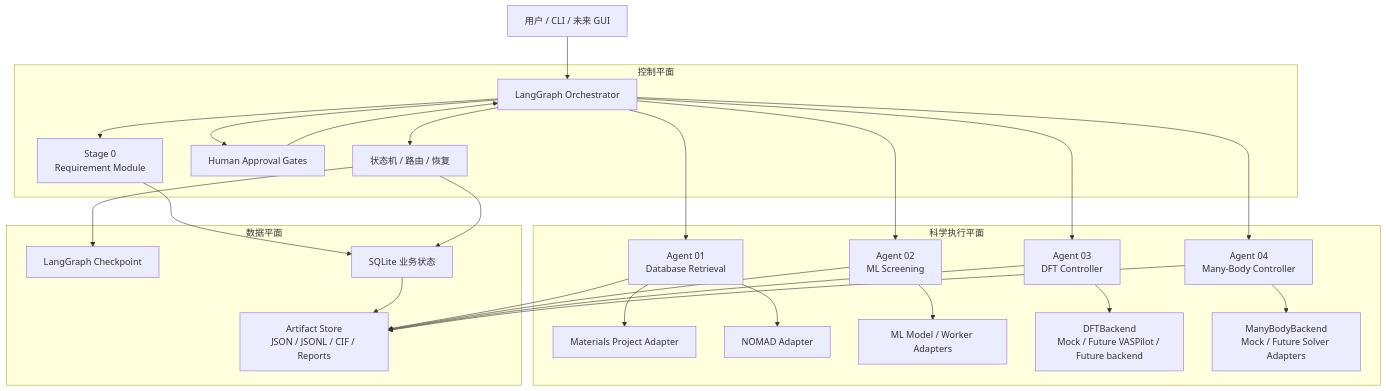
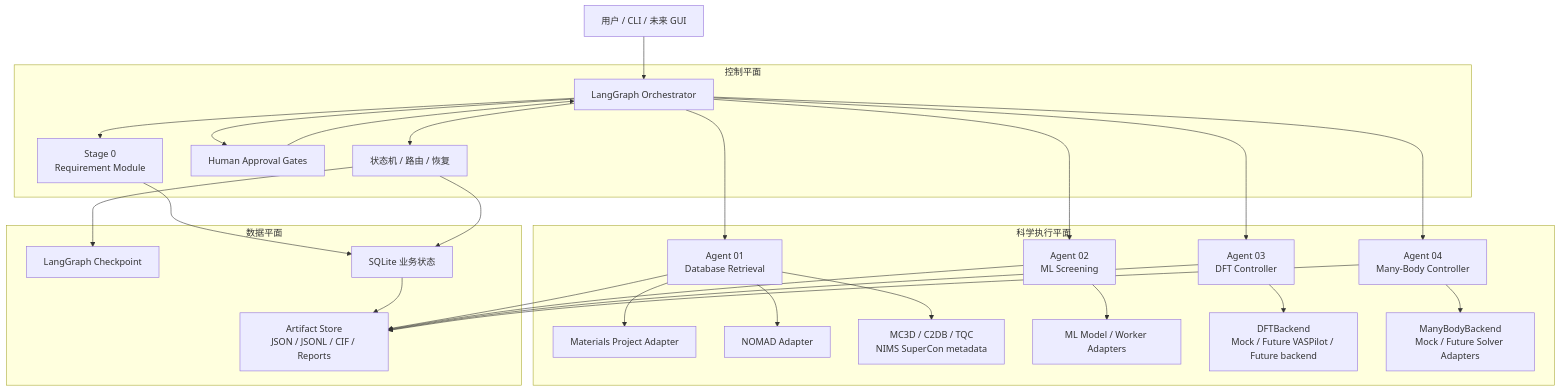
Before and after one commit to chimeraHHH/materials_screening_agent_hermes: the first of 4 diagrams in docs/architecture.md, drawn with Mermaid. The commit also changed other lines of this file and 13 other files, not shown here.

````diff
--- a/docs/architecture.md
+++ b/docs/architecture.md
@@ -35,39 +35,40 @@
 ```mermaid
 flowchart TD
     U["用户 / CLI / 未来 GUI"] --> O["LangGraph Orchestrator"]
 
     subgraph CP["控制平面"]
         O --> R0["Stage 0<br/>Requirement Module"]
         O --> G["Human Approval Gates"]
         O --> SM["状态机 / 路由 / 恢复"]
     end
 
     subgraph SP["科学执行平面"]
         O --> A1["Agent 01<br/>Database Retrieval"]
         O --> A2["Agent 02<br/>ML Screening"]
         O --> A3["Agent 03<br/>DFT Controller"]
         O --> A4["Agent 04<br/>Many-Body Controller"]
 
         A1 --> MP["Materials Project Adapter"]
         A1 --> NOMAD["NOMAD Adapter"]
+        A1 --> OPENDB["MC3D / C2DB / TQC<br/>NIMS SuperCon metadata"]
         A2 --> ML["ML Model / Worker Adapters"]
         A3 --> DFT["DFTBackend<br/>Mock / Future VASPilot / Future backend"]
         A4 --> MB["ManyBodyBackend<br/>Mock / Future Solver Adapters"]
     end
 
     subgraph DP["数据平面"]
         CK["LangGraph Checkpoint"]
         DB["SQLite 业务状态"]
         AS["Artifact Store<br/>JSON / JSONL / CIF / Reports"]
     end
 
     R0 --> DB
     SM --> CK
     SM --> DB
     A1 --> AS
     A2 --> AS
     A3 --> AS
     A4 --> AS
     DB --> AS
     G --> O
 ```
````
